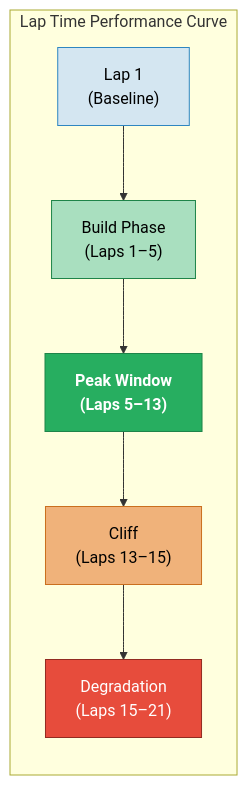
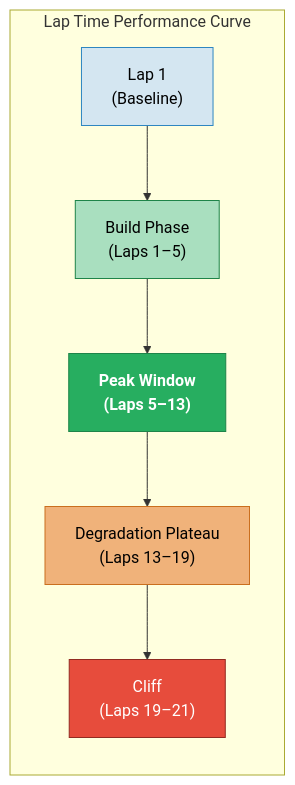
The third of 4 diagrams in topics/motorsports/driving/performance_driving/lesson_04_racecraft_strategy.md (blebleblee/synapse), drawn with Mermaid before and after one commit. The commit also changed other lines of this file and 169 other files, not shown here.

````diff
--- a/topics/motorsports/driving/performance_driving/lesson_04_racecraft_strategy.md
+++ b/topics/motorsports/driving/performance_driving/lesson_04_racecraft_strategy.md
@@ -76,21 +76,21 @@
 ```mermaid
 flowchart LR
     A["Lap 1\n(Baseline)"] --> B["Build Phase\n(Laps 1–5)"]
     B --> C["Peak Window\n(Laps 5–13)"]
-    C --> D["Cliff\n(Laps 13–15)"]
-    D --> E["Degradation\n(Laps 15–21)"]
+    C --> D["Degradation Plateau\n(Laps 13–19)"]
+    D --> E["Cliff\n(Laps 19–21)"]
 
     subgraph performance ["Lap Time Performance Curve"]
         A
         B
         C
         D
         E
     end
 
     style A fill:#d4e6f1,stroke:#2e86c1,color:#000
     style B fill:#a9dfbf,stroke:#1e8449,color:#000
     style C fill:#27ae60,stroke:#1e8449,color:#fff,font-weight:bold
     style D fill:#f0b27a,stroke:#ca6f1e,color:#000
     style E fill:#e74c3c,stroke:#922b21,color:#fff
 ```
````
